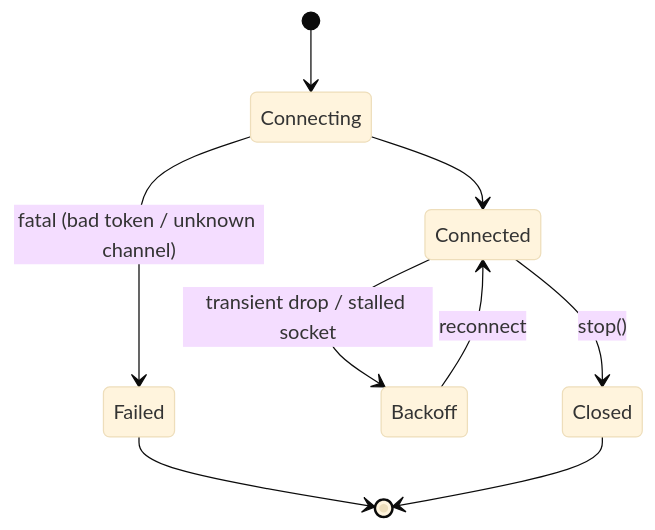
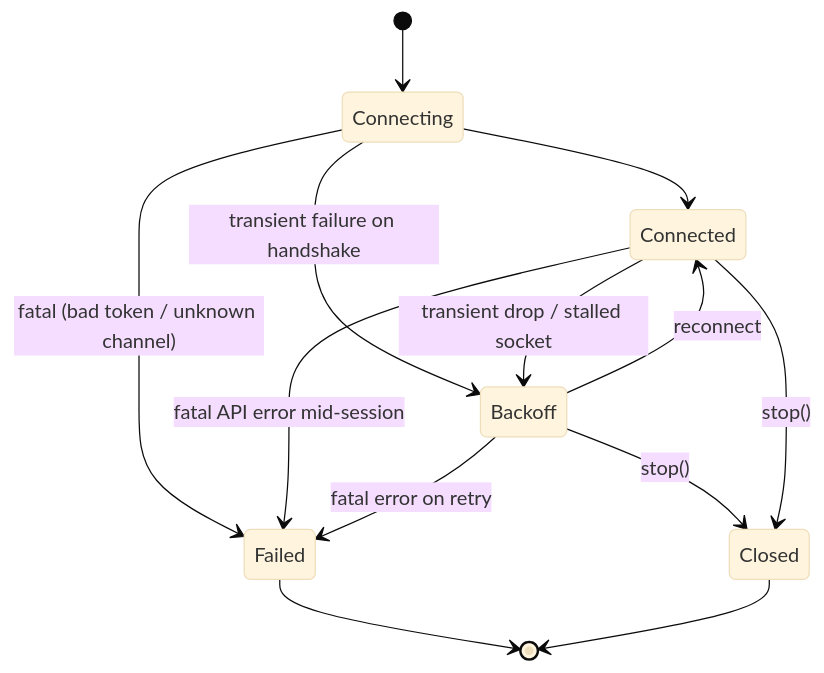
One commit to inemtsev/kurier changed the third of 3 diagrams in README.md. Above: the diagram before and after it, drawn with Mermaid (base theme). The commit also changed other lines of this file and 1 other file, not shown here.

Commit message:
Correct README diagrams and a stale FakeAdapter comment
The connection-lifecycle diagram reached Failed only from Connecting, but
adapters also fail from Connected (revoked token mid-session) and from
Backoff, and they back off from a failed handshake. Add those transitions
plus Backoff to Closed.

The streaming sequence rendered a final edit containing a token that was
never streamed, and marked normal flow completion with the --x arrow that
denotes a lost message.

FakeSentMessage.edit pointed at milestone M2, which shipped in 0.1.0.

````diff
--- a/README.md
+++ b/README.md
@@ -262,11 +263,15 @@
 ```mermaid
 stateDiagram-v2
     [*] --> Connecting
     Connecting --> Connected
+    Connecting --> Backoff: transient failure on handshake
     Connecting --> Failed: fatal (bad token / unknown channel)
     Connected --> Backoff: transient drop / stalled socket
+    Connected --> Failed: fatal API error mid-session
     Backoff --> Connected: reconnect
+    Backoff --> Failed: fatal error on retry
+    Backoff --> Closed: stop()
     Connected --> Closed: stop()
     Failed --> [*]
     Closed --> [*]
 ```
````
